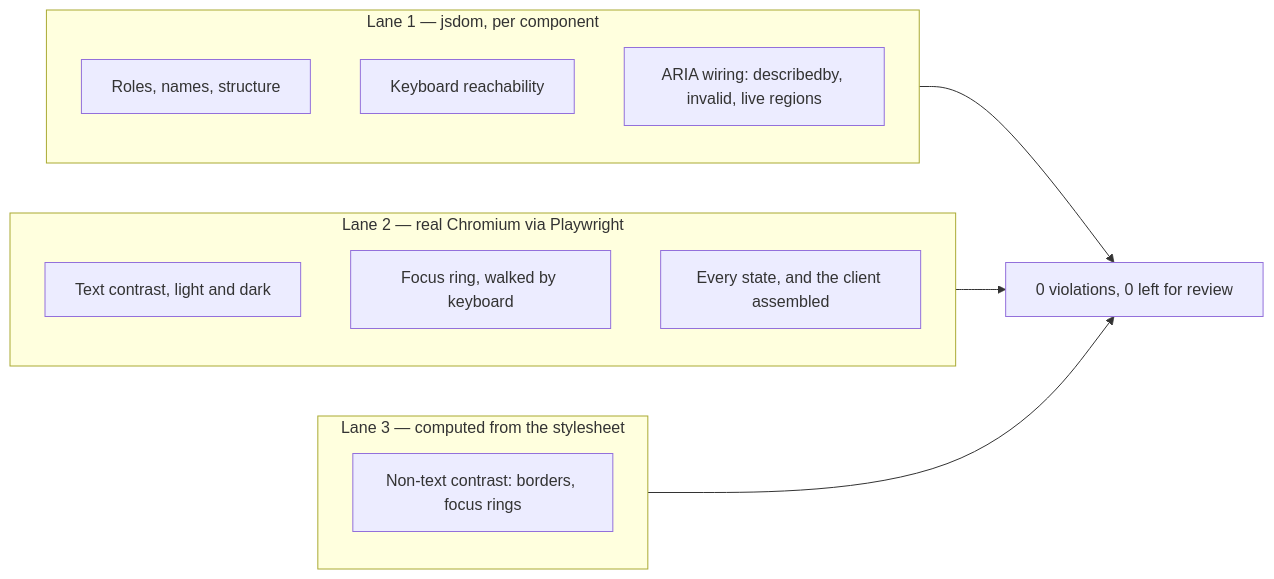
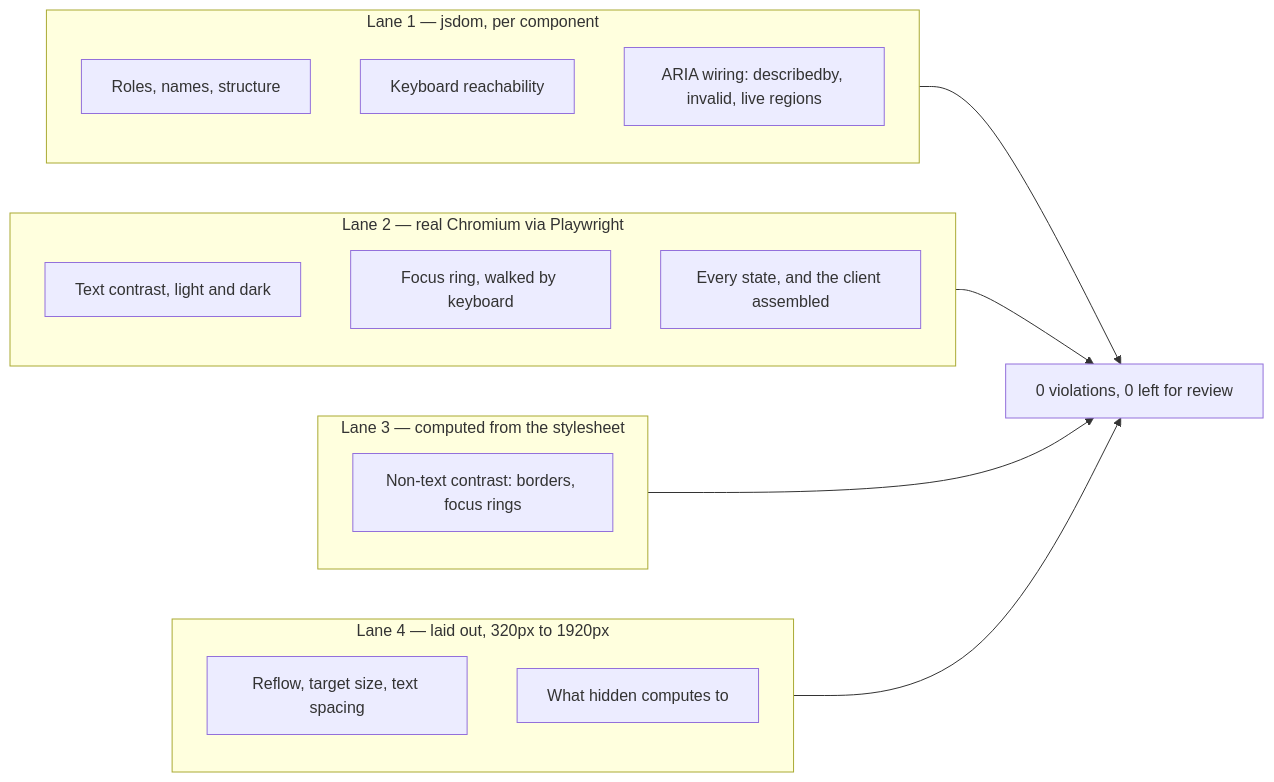
The sixth of 7 diagrams in README.md (d4551/cloudflare-dsh), drawn with Mermaid before and after one commit. The commit also changed other lines of this file and 3 other files, not shown here.

````diff
--- a/README.md
+++ b/README.md
@@ -658,19 +658,24 @@
 ```mermaid
 graph LR
     subgraph jsdom["Lane 1 — jsdom, per component"]
         A["Roles, names, structure"]
         B["Keyboard reachability"]
         C["ARIA wiring: describedby, invalid, live regions"]
     end
     subgraph chromium["Lane 2 — real Chromium via Playwright"]
         D["Text contrast, light and dark"]
         E["Focus ring, walked by keyboard"]
         F["Every state, and the client assembled"]
     end
     subgraph computed["Lane 3 — computed from the stylesheet"]
         H["Non-text contrast: borders, focus rings"]
     end
+    subgraph viewport["Lane 4 — laid out, 320px to 1920px"]
+        I["Reflow, target size, text spacing"]
+        J["What hidden computes to"]
+    end
     jsdom --> G["0 violations, 0 left for review"]
     chromium --> G
     computed --> G
+    viewport --> G
 ```
````
